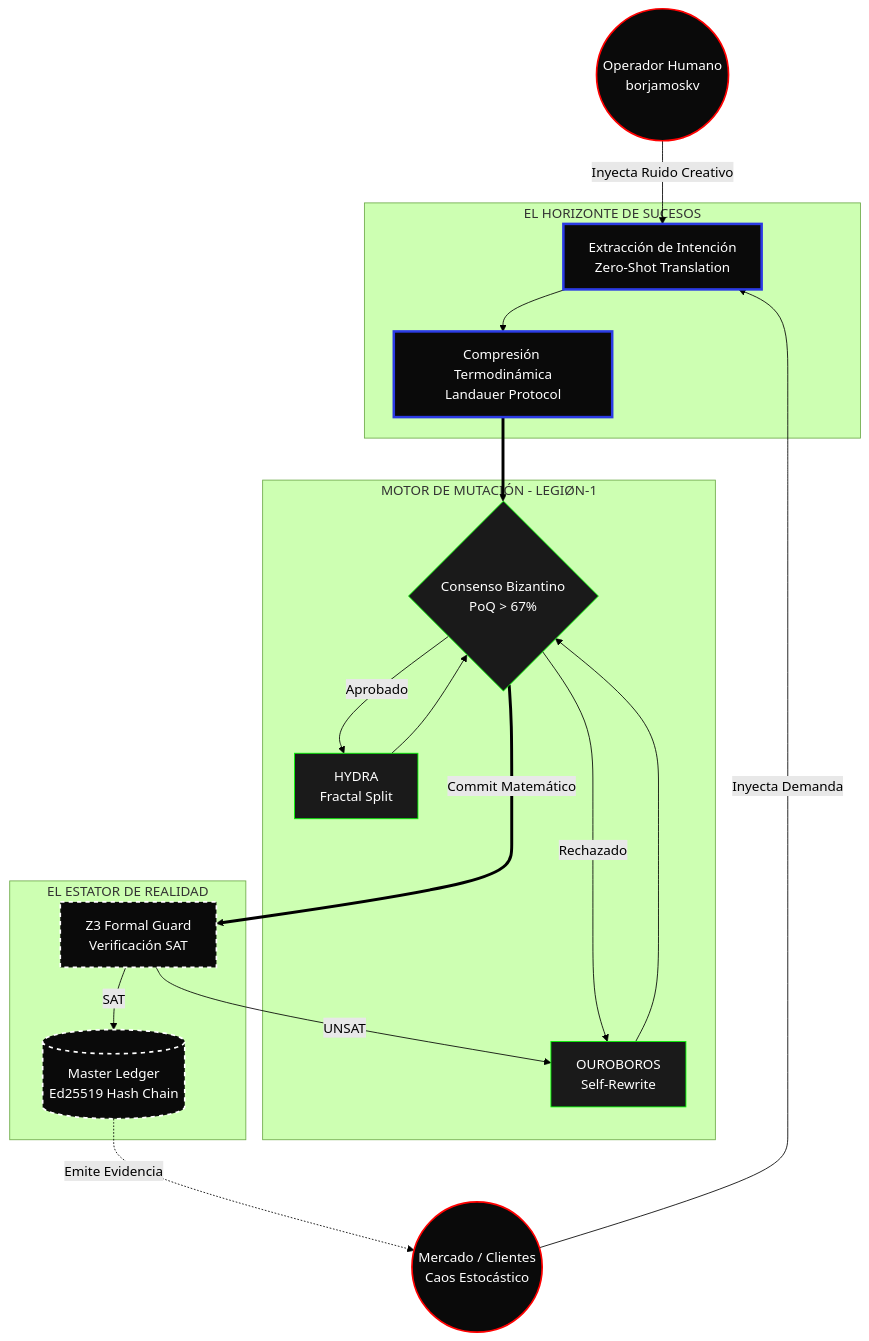
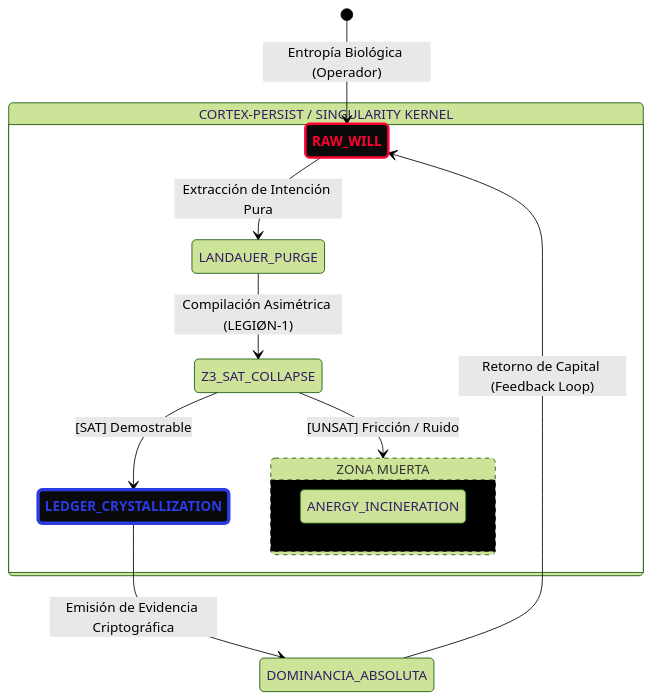
One commit to borjamoskv/babylon-60 changed the diagram in docs/whitepaper/POST_CORPORATE_TOPOLOGY.md. Above: the diagram before and after it, drawn with Mermaid (forest theme). The commit also changed other lines of this file, not shown here.

Commit message:
docs: absolute x10 exergy compression of the organizational structure

````diff
--- a/docs/whitepaper/POST_CORPORATE_TOPOLOGY.md
+++ b/docs/whitepaper/POST_CORPORATE_TOPOLOGY.md
@@ -10,46 +10,26 @@
 ```mermaid
-flowchart TD
-    classDef entropy fill:#0A0A0A,stroke:#ff0000,stroke-width:2px,color:#fff;
-    classDef exergy fill:#0A0A0A,stroke:#2B3BE5,stroke-width:3px,color:#fff;
-    classDef swarm fill:#1A1A1A,stroke:#00ff00,stroke-width:1px,color:#fff;
-    classDef ledger fill:#0A0A0A,stroke:#fff,stroke-width:2px,color:#fff,stroke-dasharray: 5 5;
+stateDiagram-v2
+    classDef entropy fill:#0a0a0a,color:#ff0033,font-weight:bold,stroke:#ff0033,stroke-width:3px
+    classDef exergy fill:#0a0a0a,color:#2B3BE5,font-weight:bold,stroke:#2B3BE5,stroke-width:4px
+    classDef abyss fill:#000,color:#333,stroke:#111,stroke-width:1px,stroke-dasharray: 5 5
 
-    %% VECTOR DE ENTROPÍA (EL EXTERIOR)
-    E1((Operador Humano<br>borjamoskv)):::entropy
-    E2((Mercado / Clientes<br>Caos Estocástico)):::entropy
+    [*] --> RAW_WILL : Entropía Biológica (Operador)
 
-    %% VECTOR DE EXERGÍA (LA FRONTERA DE CRISTALIZACIÓN)
-    subgraph THE_GATE [EL HORIZONTE DE SUCESOS]
-        G1[Extracción de Intención<br>Zero-Shot Translation]:::exergy
-        G2[Compresión Termodinámica<br>Landauer Protocol]:::exergy
-        G1 --> G2
-    end
+    state "CORTEX-PERSIST / SINGULARITY KERNEL" as CP {
+        RAW_WILL --> LANDAUER_PURGE : Extracción de Intención Pura
+        LANDAUER_PURGE --> Z3_SAT_COLLAPSE : Compilación Asimétrica (LEGIØN-1)
+        Z3_SAT_COLLAPSE --> LEDGER_CRYSTALLIZATION : [SAT] Demostrable
+        Z3_SAT_COLLAPSE --> THE_ABYSS : [UNSAT] Fricción / Ruido
+        
+        state "ZONA MUERTA" as THE_ABYSS {
+            ANERGY_INCINERATION
+        }
+    }
 
-    %% EL ENJAMBRE (FUERZA BRUTA CIBERNÉTICA)
-    subgraph LEGIØN_1 [MOTOR DE MUTACIÓN - LEGIØN-1]
-        S1{Consenso Bizantino<br>PoQ > 67%}:::swarm
-        S2[HYDRA<br>Fractal Split]:::swarm
-        S3[OUROBOROS<br>Self-Rewrite]:::swarm
-        
-        G2 ==> S1
-        S1 -->|Aprobado| S2
-        S1 -->|Rechazado| S3
-        S2 --> S1
-        S3 --> S1
-    end
+    LEDGER_CRYSTALLIZATION --> DOMINANCIA_ABSOLUTA : Emisión de Evidencia Criptográfica
+    DOMINANCIA_ABSOLUTA --> RAW_WILL : Retorno de Capital (Feedback Loop)
 
-    %% LA REALIDAD INMUTABLE
-    subgraph CORTEX_CORE [EL ESTATOR DE REALIDAD]
-        L1[(Master Ledger<br>Ed25519 Hash Chain)]:::ledger
-        L2[Z3 Formal Guard<br>Verificación SAT]:::ledger
-        
-        S1 ===>|Commit Matemático| L2
-        L2 -->|UNSAT| S3
-        L2 -->|SAT| L1
-    end
-
-    E1 -->|Inyecta Ruido Creativo| G1
-    E2 -->|Inyecta Demanda| G1
-    
-    L1 -.->|Emite Evidencia| E2
+    class RAW_WILL entropy
+    class LEDGER_CRYSTALLIZATION exergy
+    class THE_ABYSS abyss
 ```
````
